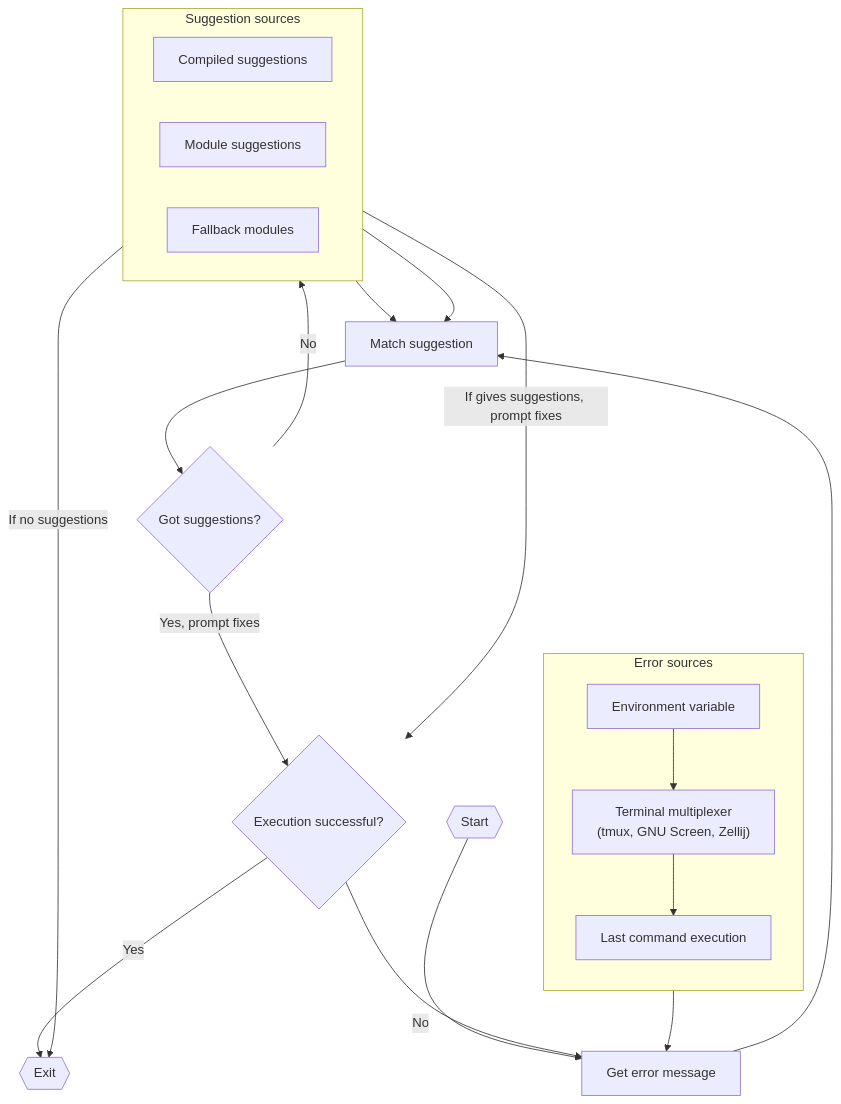
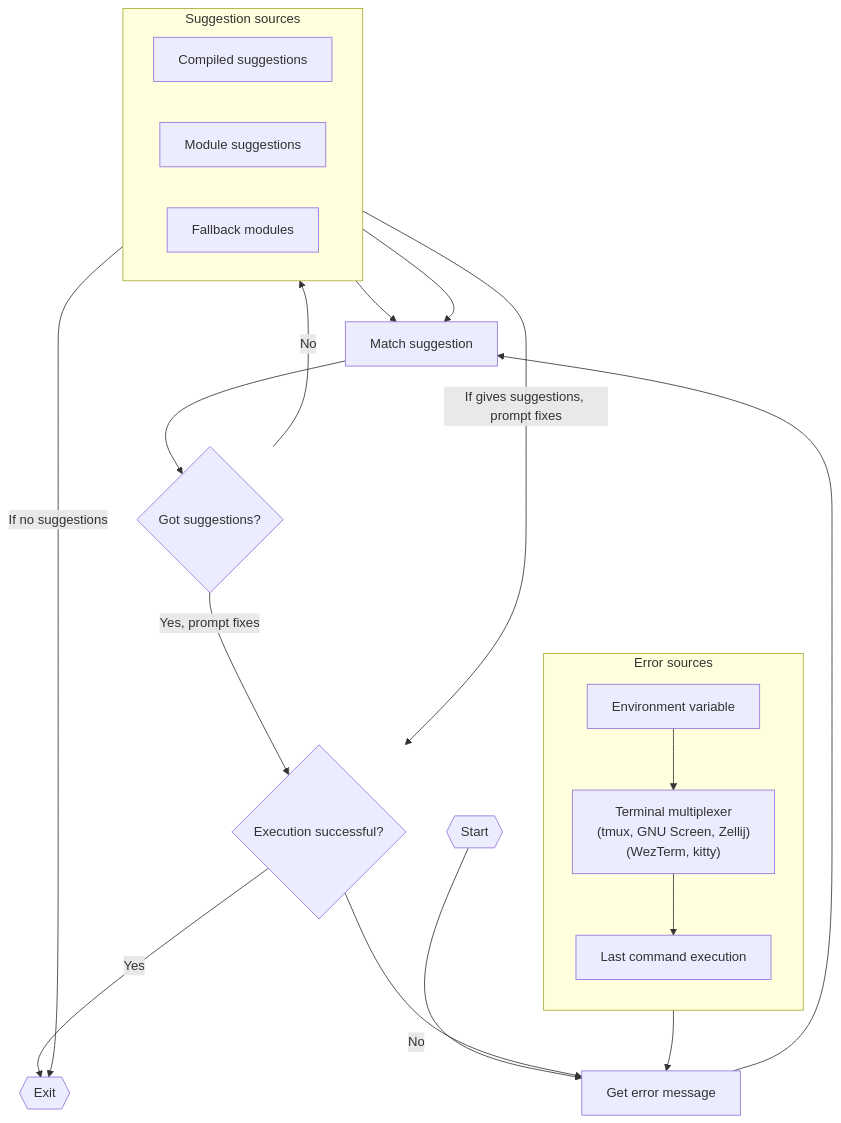
Before and after one commit to iffse/pay-respects: the diagram in flowchart.mmd, drawn with Mermaid. The commit also changed 3 other files, not shown here.

```diff
--- a/flowchart.mmd
+++ b/flowchart.mmd
@@ -1,61 +1,62 @@
 flowchart TD
 
 init{{"Start"}}
 err["Get error message"]
 suggest["Match suggestion"]
 found{"Got suggestions?"}
 success{"Execution successful?"}
 exit{{"Exit"}}
 
 init --> err --> suggest --> found -->|Yes, prompt fixes| success -->|Yes| exit
 
 %% subgraph "Main Flow"
 %% init
 %% err
 %% suggest
 %% found
 %% success
 %% exit
 %% end
 
 subgraph errsource["Error sources"]
 direction TB
 from_env["Environment variable"]
 from_multiplexer["`Terminal multiplexer
-(tmux, GNU Screen, Zellij)`"]
+(tmux, GNU Screen, Zellij)
+(WezTerm, kitty)`"]
 %% subgraph multiplexer["Terminal multiplexers"]
 %% direction LR
 %% from_tmux["tmux"]
 %% from_screen["GNU Screen"]
 %% from_zellij["Zellij"]
 %% end
 from_execution["Last command execution"]
 end
 
 from_env --> from_multiplexer --> from_execution
 
 %% from_tmux --- from_screen --- from_zellij
 
 errsource --> err
 %% from_env["Enviroment variable"] --> err
 %% from_tmux["`tmux`"] --> err
 %% from_execution["Last command execution"] --> err
 
 subgraph suggestsource["Suggestion sources"]
 direction LR
 builtin
 module
 fallback
 end
 
 %% suggestsource --> suggest
 builtin["Compiled suggestions"] --> suggest
 module["Module suggestions"] --> suggest
 
 %% fallback modules loop
 found -->|No| fallback["Fallback modules"]
 fallback --> |If no suggestions| exit
 fallback --> |If gives suggestions, prompt fixes| success
 
 %% found -->|Yes| success
 success -->|No| err
```
